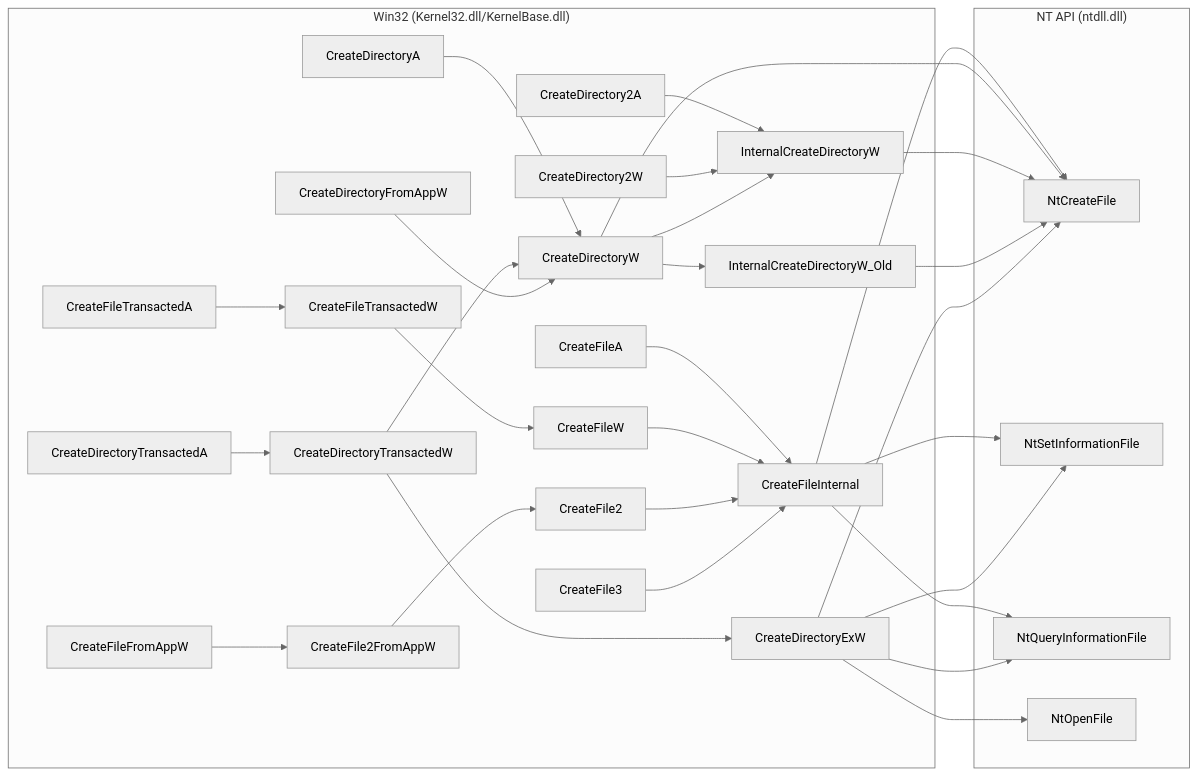
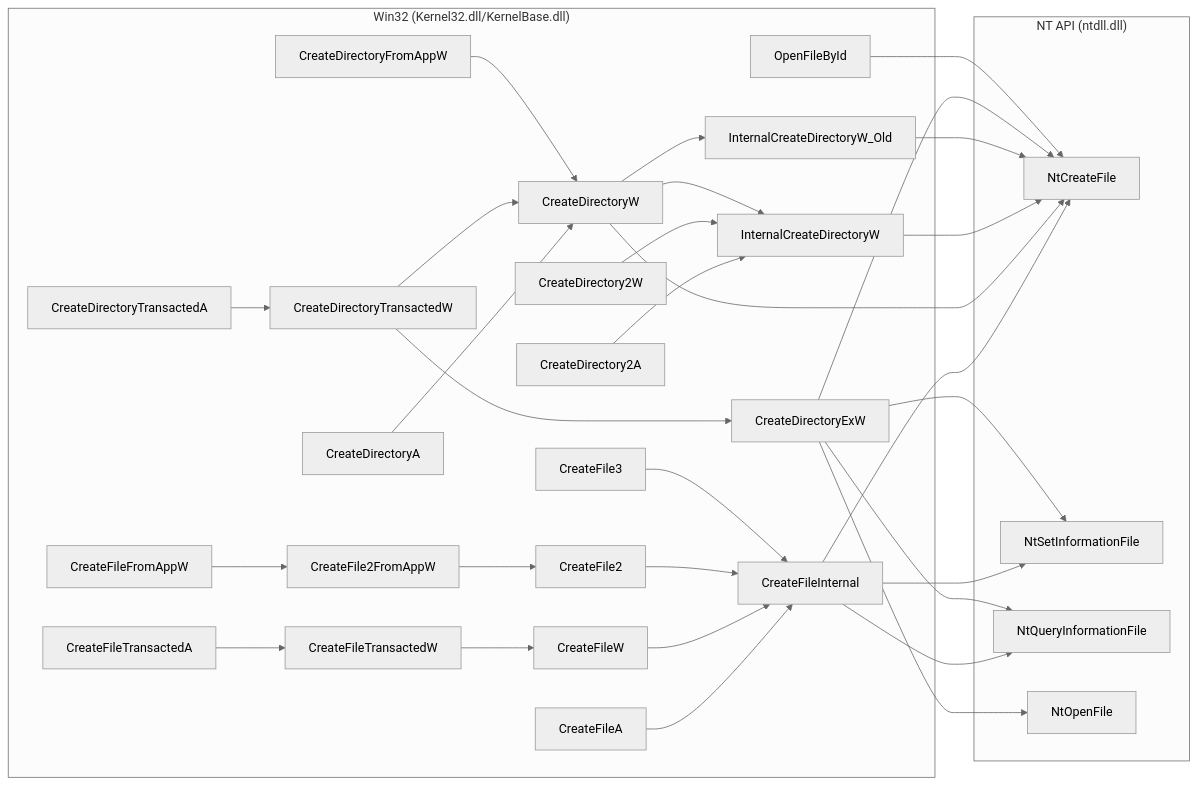
The second of 11 diagrams in docs/index.md (Sewer56/vfs-writeup), drawn with Mermaid (neutral theme) before and after one commit.

Commit message:
Added: OpenFileById

````diff
--- a/docs/index.md
+++ b/docs/index.md
@@ -267,60 +267,62 @@
 ```mermaid
 flowchart LR
     subgraph Win32["Win32 (Kernel32.dll/KernelBase.dll)"]
     CreateDirectory2A
     CreateDirectory2W
     CreateDirectoryA
     CreateDirectoryW
     InternalCreateDirectoryW
     InternalCreateDirectoryW_Old
     CreateFileA
     CreateFileW
     CreateFile2
     CreateFile3
     CreateFileInternal
     CreateFile2FromAppW
     CreateFileFromAppW
     CreateFileTransactedA
     CreateFileTransactedW
     CreateDirectoryExW
     CreateDirectoryFromAppW
     CreateDirectoryTransactedA
     CreateDirectoryTransactedW
+    OpenFileById
 
     CreateDirectory2A --> InternalCreateDirectoryW
     CreateDirectory2W --> InternalCreateDirectoryW
     CreateDirectoryA --> CreateDirectoryW
     CreateDirectoryW --> InternalCreateDirectoryW
     CreateDirectoryW --> InternalCreateDirectoryW_Old
     CreateDirectoryTransactedA --> CreateDirectoryTransactedW
     CreateDirectoryTransactedW --> CreateDirectoryW
     CreateDirectoryTransactedW --> CreateDirectoryExW
     CreateFileA --> CreateFileInternal
     CreateFileW --> CreateFileInternal
     CreateFile2 --> CreateFileInternal
     CreateFile3 --> CreateFileInternal
     CreateFile2FromAppW --> CreateFile2
     CreateFileTransactedA --> CreateFileTransactedW
     CreateFileTransactedW --> CreateFileW
     CreateDirectoryFromAppW --> CreateDirectoryW
     CreateFileFromAppW --> CreateFile2FromAppW
     end
 
     subgraph NT["NT API (ntdll.dll)"]
     NtCreateFile
     NtSetInformationFile
     NtQueryInformationFile
     NtOpenFile
 
     CreateFileInternal --> NtCreateFile
     CreateFileInternal --> NtSetInformationFile
     CreateFileInternal --> NtQueryInformationFile
     CreateDirectoryW --> NtCreateFile
     InternalCreateDirectoryW --> NtCreateFile
     InternalCreateDirectoryW_Old --> NtCreateFile
     CreateDirectoryExW --> NtOpenFile
     CreateDirectoryExW --> NtQueryInformationFile
     CreateDirectoryExW --> NtCreateFile
     CreateDirectoryExW --> NtSetInformationFile
+    OpenFileById --> NtCreateFile
     end
 ```
````
